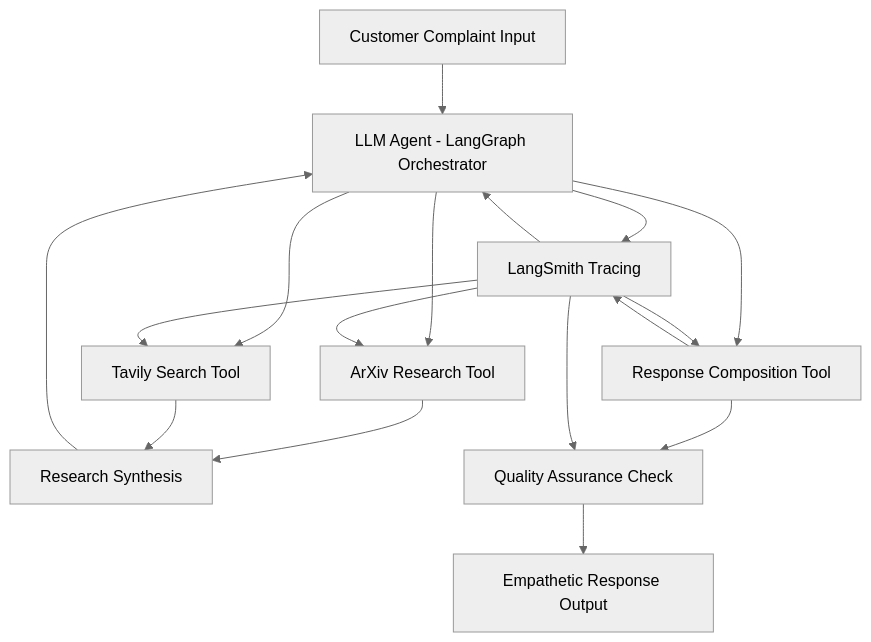
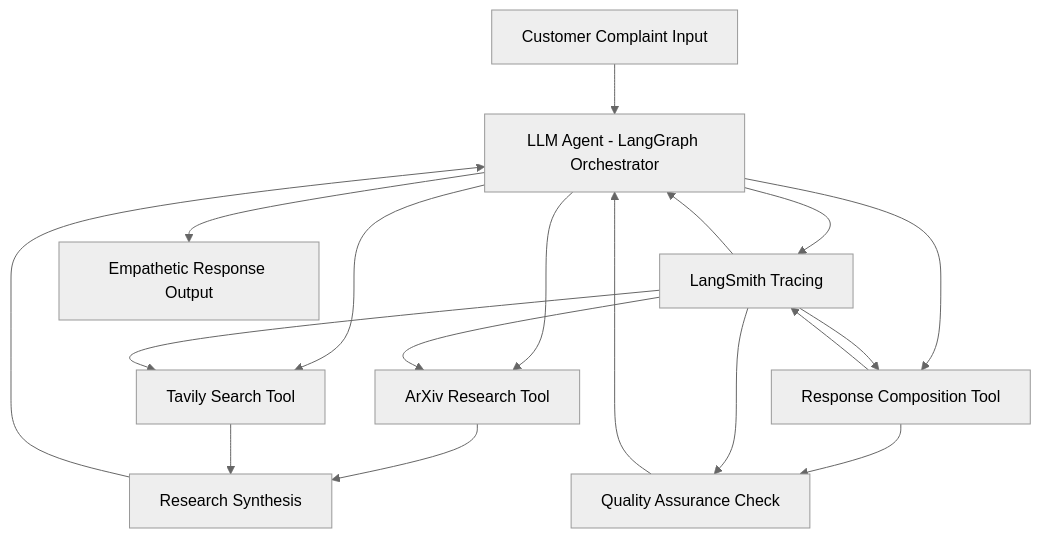
One commit to ovokpus/ReplySight changed the diagram in README.md. Above: the diagram before and after it, drawn with Mermaid (neutral theme).

Commit message:
updated graph

````diff
--- a/README.md
+++ b/README.md
@@ -365,24 +365,26 @@
 ```mermaid
 graph TD
     A[Customer Complaint Input] --> B[LLM Agent - LangGraph Orchestrator]
     B --> I[LangSmith Tracing]
-    
+
     B --> C[ArXiv Research Tool]
     B --> D[Tavily Search Tool]
     B --> F[Response Composition Tool]
     
     C --> E[Research Synthesis]
     D --> E
     E --> B
     
     
     F --> G[Quality Assurance Check]
-    G --> H[Empathetic Response Output]
+    G --> B
     F --> I
     
     I --> B
     I --> C
     I --> D
     I --> F
     I --> G
+
+    B --> H[Empathetic Response Output]
 ```
````
